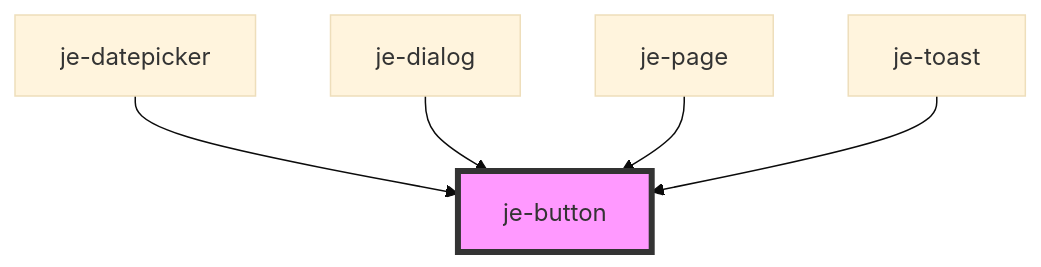
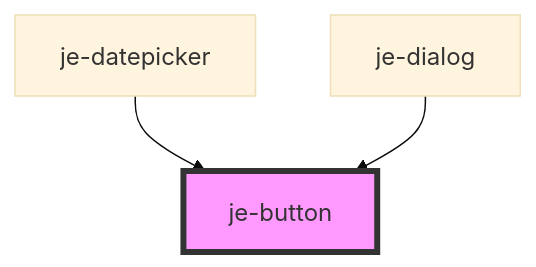
The diagram in packages/docs/docs/components/je-button/readme.md (pgreen00/jebamo), drawn with Mermaid (base theme) before and after one commit. The commit also changed other lines of this file and 228 other files, not shown here.

````diff
--- a/packages/docs/docs/components/je-button/readme.md
+++ b/packages/docs/docs/components/je-button/readme.md
@@ -53,8 +37,6 @@
 ```mermaid
 graph TD;
   je-datepicker --> je-button
   je-dialog --> je-button
-  je-page --> je-button
-  je-toast --> je-button
   style je-button fill:#f9f,stroke:#333,stroke-width:4px
 ```
````
